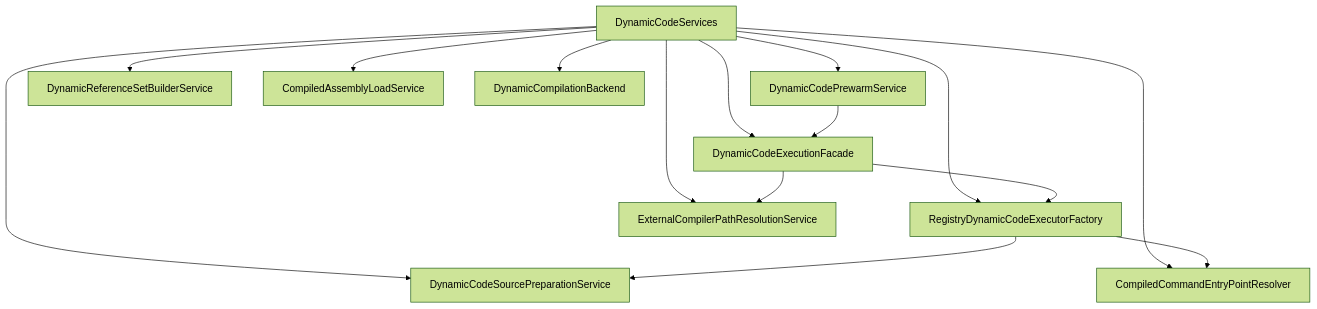
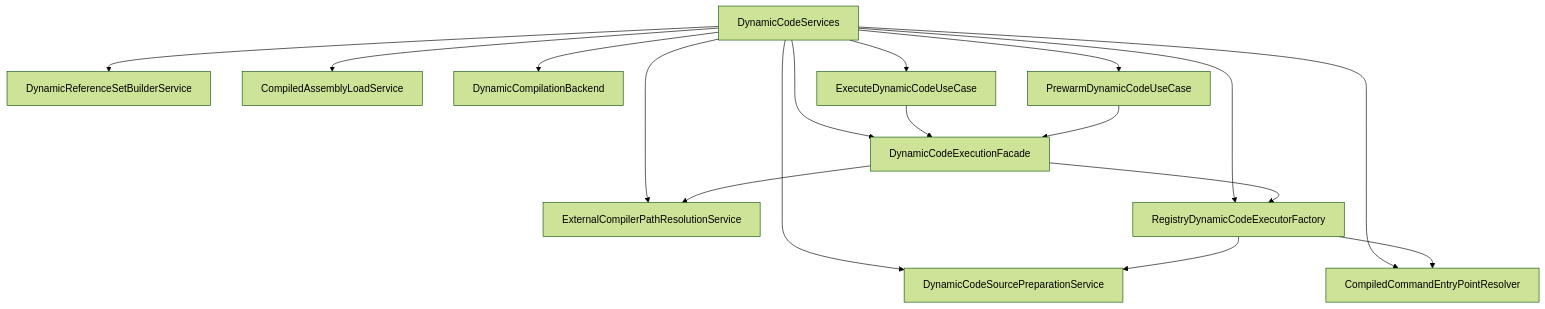
The second of 2 diagrams in docs/architecture/execute-dynamic-code-rebuild.md (hatayama/uLoopMCP), drawn with Mermaid (forest theme) before and after one commit. The commit also changed other lines of this file and 17 other files, not shown here.

Commit message:
Layer dynamic code execution with use cases

````diff
--- a/docs/architecture/execute-dynamic-code-rebuild.md
+++ b/docs/architecture/execute-dynamic-code-rebuild.md
@@ -91,29 +85,32 @@
 ```mermaid
 flowchart TD
     Services["DynamicCodeServices"]
-    ExecutorProvider["RegistryDynamicCodeExecutorFactory"]
-    ExecutionFacade["DynamicCodeExecutionFacade"]
-    Prewarm["DynamicCodePrewarmService"]
     SourcePrepSvc["DynamicCodeSourcePreparationService"]
+    PathSvc["ExternalCompilerPathResolutionService"]
     RefSvc["DynamicReferenceSetBuilderService"]
     LoadSvc["CompiledAssemblyLoadService"]
     Backend["DynamicCompilationBackend"]
-    PathSvc["ExternalCompilerPathResolutionService"]
     EntryResolver["CompiledCommandEntryPointResolver"]
+    Provider["RegistryDynamicCodeExecutorFactory"]
+    RuntimeFacade["DynamicCodeExecutionFacade"]
+    ExecuteUseCase["ExecuteDynamicCodeUseCase"]
+    PrewarmUseCase["PrewarmDynamicCodeUseCase"]
 
-    Services --> ExecutorProvider
-    Services --> ExecutionFacade
-    Services --> Prewarm
     Services --> SourcePrepSvc
+    Services --> PathSvc
     Services --> RefSvc
     Services --> LoadSvc
     Services --> Backend
-    Services --> PathSvc
     Services --> EntryResolver
+    Services --> Provider
+    Services --> RuntimeFacade
+    Services --> ExecuteUseCase
+    Services --> PrewarmUseCase
 
-    ExecutionFacade --> ExecutorProvider
-    ExecutionFacade --> PathSvc
-    Prewarm --> ExecutionFacade
-    ExecutorProvider --> SourcePrepSvc
-    ExecutorProvider --> EntryResolver
+    Provider --> SourcePrepSvc
+    Provider --> EntryResolver
+    RuntimeFacade --> PathSvc
+    RuntimeFacade --> Provider
+    ExecuteUseCase --> RuntimeFacade
+    PrewarmUseCase --> RuntimeFacade
 ```
````
